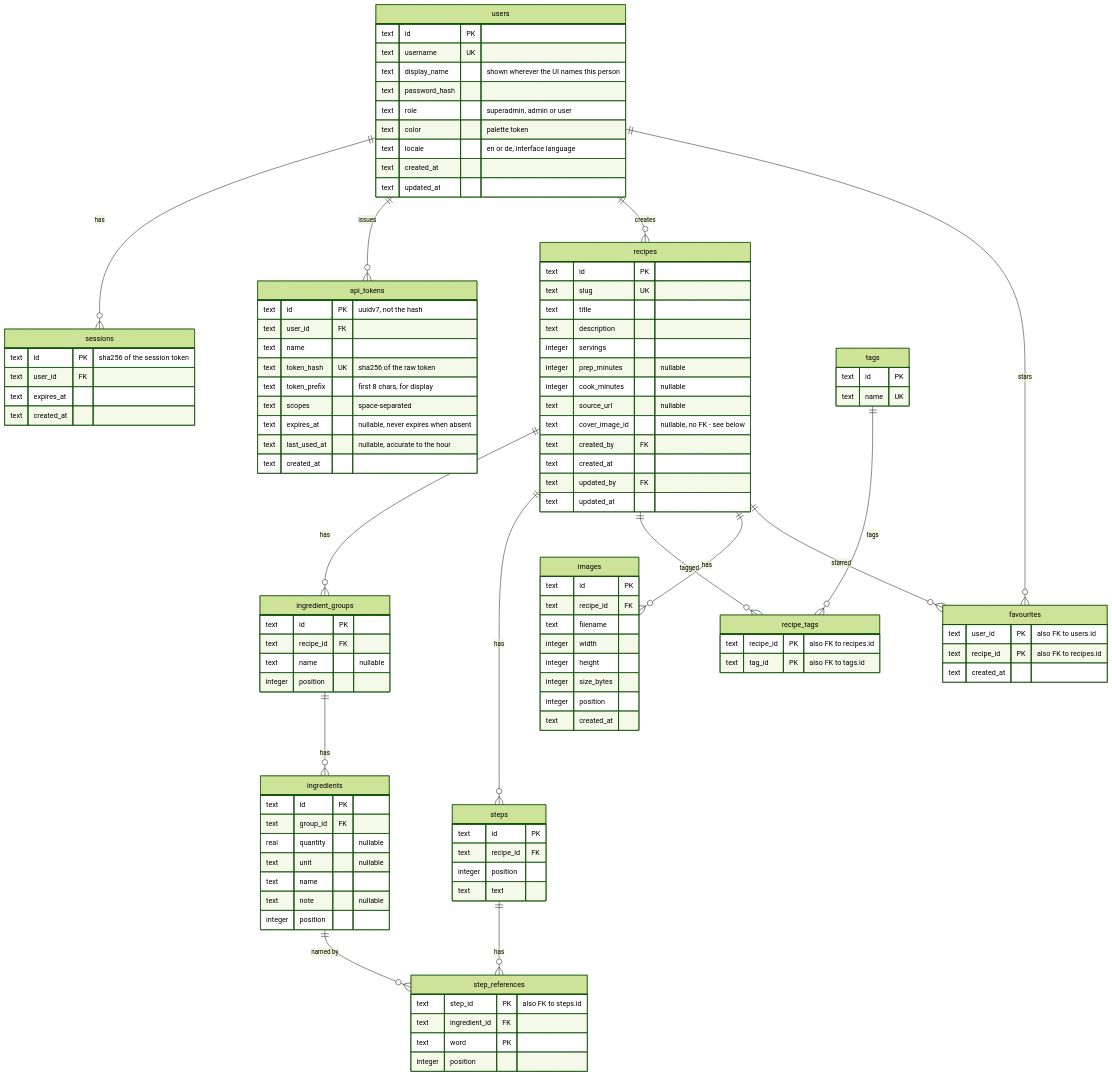
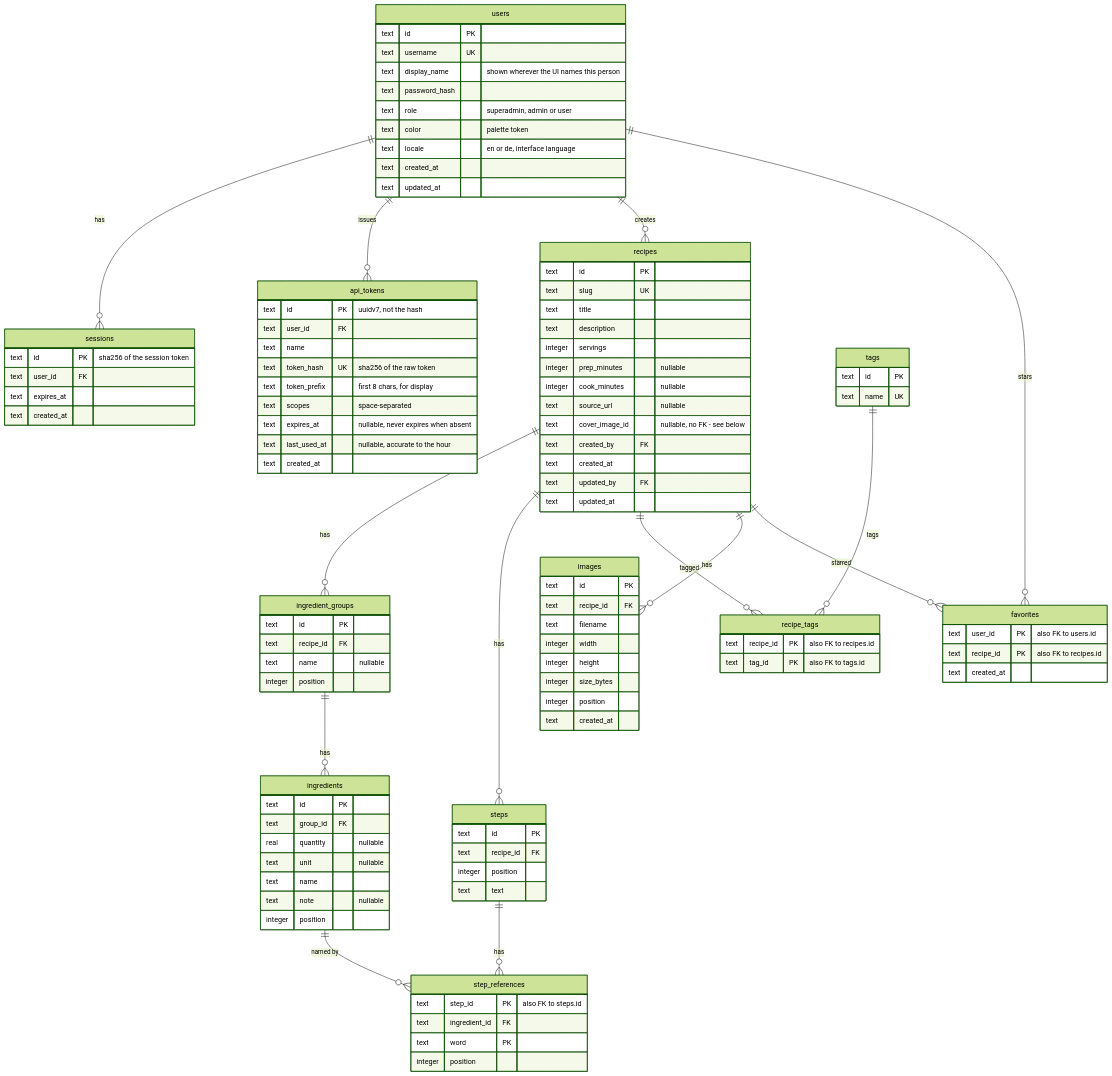
The diagram in docs/memory/content/architecture/data-model.mdx (s-frei/rezepte), drawn with Mermaid (forest theme) before and after one commit. The commit also changed other lines of this file and 162 other files, not shown here.

```diff
--- a/docs/memory/content/architecture/data-model.mdx
+++ b/docs/memory/content/architecture/data-model.mdx
@@ -16,8 +16,8 @@
   recipes ||--o{ recipe_tags : tagged
   tags ||--o{ recipe_tags : tags
   recipes ||--o{ images : has
-  users ||--o{ favourites : stars
-  recipes ||--o{ favourites : starred
+  users ||--o{ favorites : stars
+  recipes ||--o{ favorites : starred
   users {
     text id PK
     text username UK
@@ -96,7 +96,7 @@
     text recipe_id PK "also FK to recipes.id"
     text tag_id PK "also FK to tags.id"
   }
-  favourites {
+  favorites {
     text user_id PK "also FK to users.id"
     text recipe_id PK "also FK to recipes.id"
     text created_at
```
